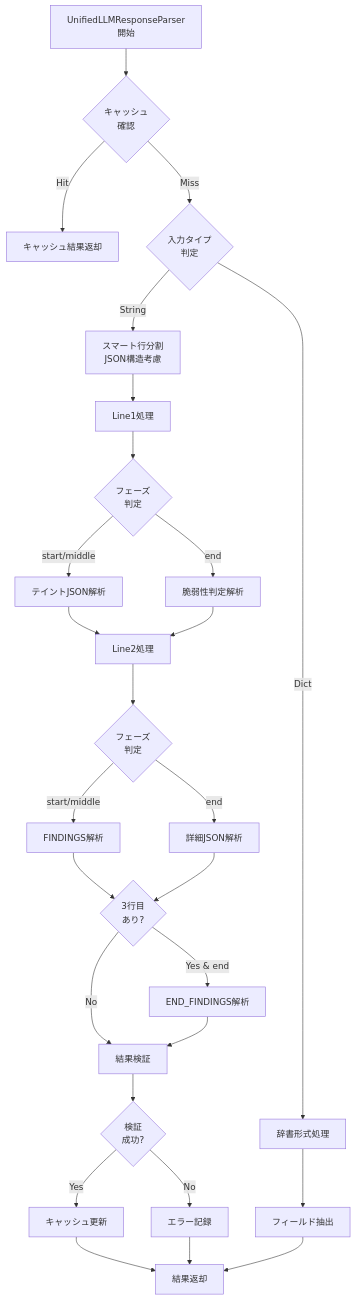
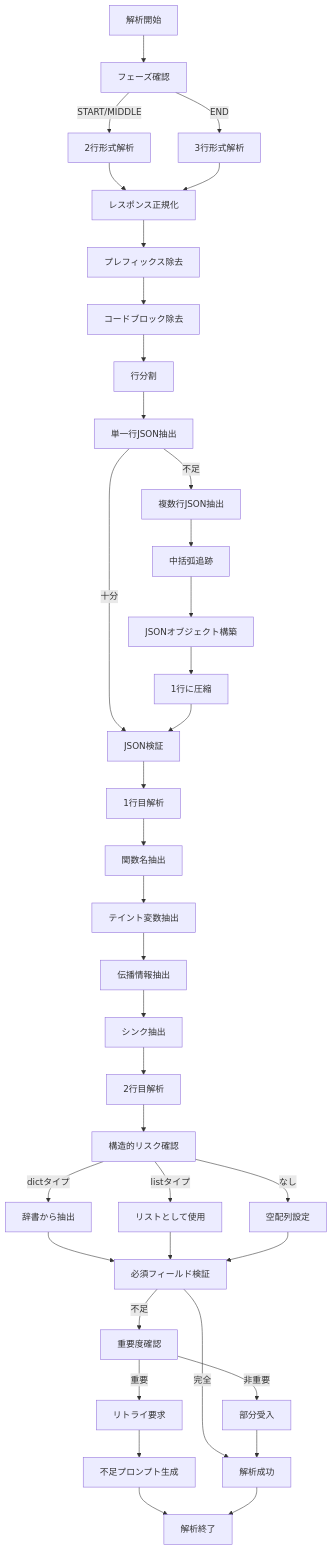
Before and after one commit to ta-061/tee-flow-inspector: the eighth of 23 diagrams in Document/Process_Flow.md, drawn with Mermaid. The commit also changed other lines of this file and 2 other files, not shown here.

````diff
--- a/Document/Process_Flow.md
+++ b/Document/Process_Flow.md
@@ -516,41 +491,49 @@
 ```mermaid
-graph TB
-    ParseStart[UnifiedLLMResponseParser開始]
-    ParseStart --> CheckCache{キャッシュ<br/>確認}
+flowchart TD
+    StartParse[解析開始] --> CheckPhase[フェーズ確認]
+    CheckPhase -->|START/MIDDLE| Parse2Line[2行形式解析]
+    CheckPhase -->|END| Parse3Line[3行形式解析]
     
-    CheckCache -->|Hit| ReturnCached[キャッシュ結果返却]
-    CheckCache -->|Miss| CheckType{入力タイプ<br/>判定}
+    Parse2Line --> NormalizeResponse[レスポンス正規化]
+    Parse3Line --> NormalizeResponse
     
-    CheckType -->|Dict| HandleDict[辞書形式処理]
-    CheckType -->|String| SplitLines[スマート行分割<br/>JSON構造考慮]
+    NormalizeResponse --> RemovePrefixes[プレフィックス除去]
+    RemovePrefixes --> RemoveCodeBlocks[コードブロック除去]
+    RemoveCodeBlocks --> SplitLines[行分割]
     
-    SplitLines --> ProcessLine1[Line1処理]
-    ProcessLine1 --> Phase1{フェーズ<br/>判定}
+    SplitLines --> ExtractSingleLine[単一行JSON抽出]
+    ExtractSingleLine -->|不足| ExtractMultiLine[複数行JSON抽出]
+    ExtractSingleLine -->|十分| ValidateJSON[JSON検証]
     
-    Phase1 -->|start/middle| ParseTaint[テイントJSON解析]
-    Phase1 -->|end| ParseVuln[脆弱性判定解析]
+    ExtractMultiLine --> TrackBraces[中括弧追跡]
+    TrackBraces --> BuildJSON[JSONオブジェクト構築]
+    BuildJSON --> CompactJSON[1行に圧縮]
+    CompactJSON --> ValidateJSON
     
-    ParseTaint --> ProcessLine2[Line2処理]
-    ParseVuln --> ProcessLine2
+    ValidateJSON --> ParseLine1[1行目解析]
+    ParseLine1 --> ExtractFunction[関数名抽出]
+    ExtractFunction --> ExtractTaintedVars[テイント変数抽出]
+    ExtractTaintedVars --> ExtractPropagation[伝播情報抽出]
+    ExtractPropagation --> ExtractSinks[シンク抽出]
     
-    ProcessLine2 --> Phase2{フェーズ<br/>判定}
-    Phase2 -->|start/middle| ParseFindings[FINDINGS解析]
-    Phase2 -->|end| ParseDetails[詳細JSON解析]
+    ExtractSinks --> ParseLine2[2行目解析]
+    ParseLine2 --> CheckStructuralRisks[構造的リスク確認]
+    CheckStructuralRisks -->|dictタイプ| ExtractFromDict[辞書から抽出]
+    CheckStructuralRisks -->|listタイプ| UseAsList[リストとして使用]
+    CheckStructuralRisks -->|なし| SetEmptyRisks[空配列設定]
     
-    ParseFindings --> CheckLine3{3行目<br/>あり?}
-    ParseDetails --> CheckLine3
+    ExtractFromDict --> ValidateFields[必須フィールド検証]
+    UseAsList --> ValidateFields
+    SetEmptyRisks --> ValidateFields
     
-    CheckLine3 -->|Yes & end| ParseEndFindings[END_FINDINGS解析]
-    CheckLine3 -->|No| ValidateResult[結果検証]
-    ParseEndFindings --> ValidateResult
+    ValidateFields -->|完全| SuccessParse[解析成功]
+    ValidateFields -->|不足| CheckCriticality[重要度確認]
     
-    ValidateResult --> Success{検証<br/>成功?}
-    Success -->|Yes| UpdateCache[キャッシュ更新]
-    Success -->|No| RecordError[エラー記録]
+    CheckCriticality -->|重要| RequestRetry[リトライ要求]
+    CheckCriticality -->|非重要| AcceptPartial[部分受入]
     
-    UpdateCache --> ReturnResult[結果返却]
-    RecordError --> ReturnResult
-    
-    HandleDict --> ExtractFields[フィールド抽出]
-    ExtractFields --> ReturnResult
+    RequestRetry --> GenerateMissingPrompt[不足プロンプト生成]
+    AcceptPartial --> SuccessParse
+    GenerateMissingPrompt --> EndParse[解析終了]
+    SuccessParse --> EndParse
 ```
````
